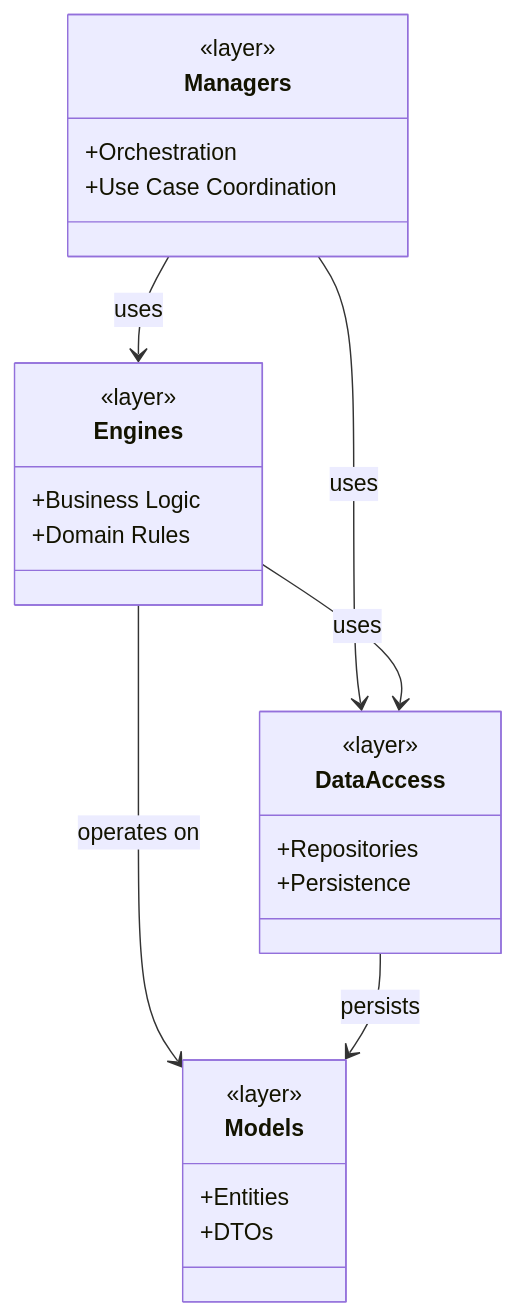
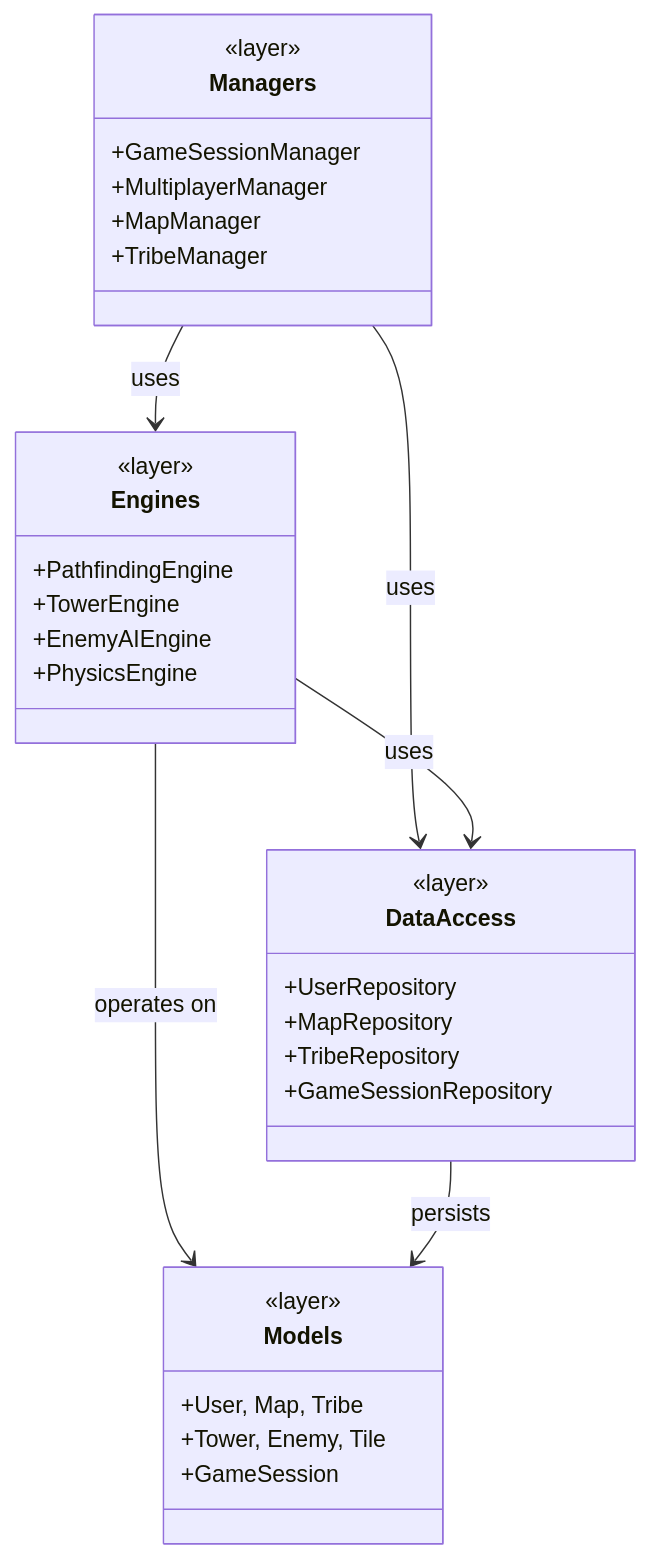
Before and after one commit to frostaura/ai.toolkit.gaia: the first of 7 diagrams in .gaia/designs/2-class.md, drawn with Mermaid. The commit also changed other lines of this file and 90 other files, not shown here.

Commit message:
feat(5.1): major refactor and rearchitecting agent network.

````diff
--- a/.gaia/designs/2-class.md
+++ b/.gaia/designs/2-class.md
@@ -20,29 +20,36 @@
 ```mermaid
 classDiagram
     class Managers {
         <<layer>>
-        +Orchestration
-        +Use Case Coordination
+        +GameSessionManager
+        +MultiplayerManager
+        +MapManager
+        +TribeManager
     }
     class Engines {
         <<layer>>
-        +Business Logic
-        +Domain Rules
+        +PathfindingEngine
+        +TowerEngine
+        +EnemyAIEngine
+        +PhysicsEngine
     }
     class DataAccess {
         <<layer>>
-        +Repositories
-        +Persistence
+        +UserRepository
+        +MapRepository
+        +TribeRepository
+        +GameSessionRepository
     }
     class Models {
         <<layer>>
-        +Entities
-        +DTOs
+        +User, Map, Tribe
+        +Tower, Enemy, Tile
+        +GameSession
     }
-    
+
     Managers --> Engines: uses
     Managers --> DataAccess: uses
     Engines --> DataAccess: uses
     Engines --> Models: operates on
     DataAccess --> Models: persists
 ```
````
